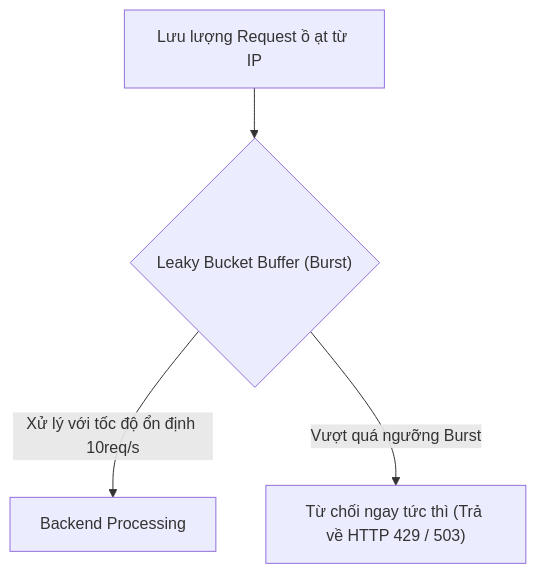
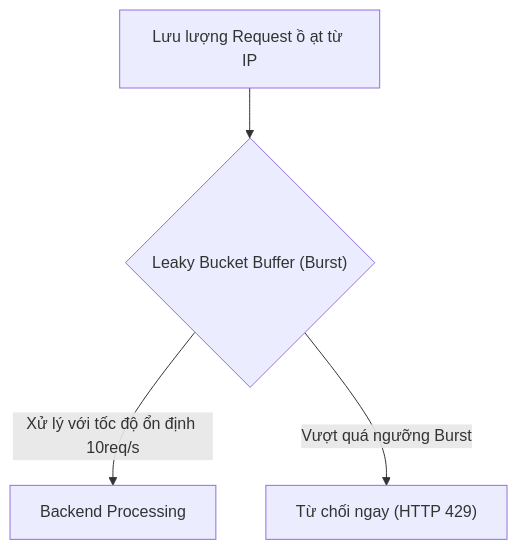
The second of 2 diagrams in nginx/08_security_and_ssl_tls.md (MaiTheHao/docs), drawn with Mermaid before and after one commit. The commit also changed other lines of this file and 10 other files, not shown here.

````diff
--- a/nginx/08_security_and_ssl_tls.md
+++ b/nginx/08_security_and_ssl_tls.md
@@ -131,7 +94,7 @@
 ```mermaid
 graph TD
     Traffic["Lưu lượng Request ồ ạt từ IP"] --> Bucket{"Leaky Bucket Buffer (Burst)"}
     
-    Bucket -->|Xử lý với tốc độ ổn định 10req/s| Backend["Backend Processing"]
-    Bucket -->|Vượt quá ngưỡng Burst| Drop["Từ chối ngay tức thì (Trả về HTTP 429 / 503)"]
+    Bucket -->|"Xử lý với tốc độ ổn định 10req/s"| Backend["Backend Processing"]
+    Bucket -->|"Vượt quá ngưỡng Burst"| Drop["Từ chối ngay (HTTP 429)"]
 ```
````
